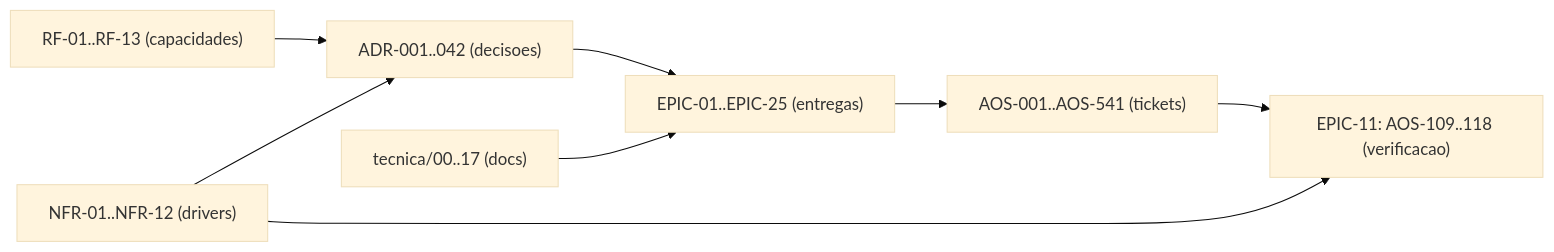
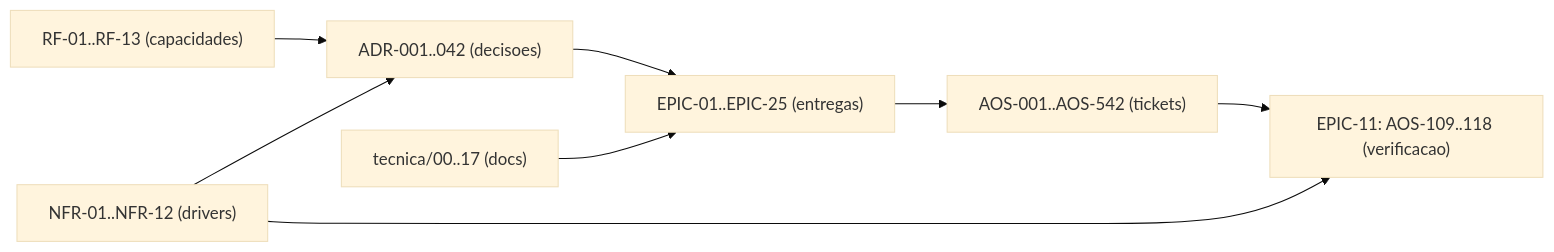
One commit to albinoJimy/aos changed the diagram in tecnica/16_Rastreabilidade_RTM.md. Above: the diagram before and after it, drawn with Mermaid (base theme). The commit also changed other lines of this file and 13 other files, not shown here.

````diff
--- a/tecnica/16_Rastreabilidade_RTM.md
+++ b/tecnica/16_Rastreabilidade_RTM.md
@@ -211,10 +211,10 @@
 ```mermaid
 flowchart LR
     RF["RF-01..RF-13 (capacidades)"] --> ADR["ADR-001..042 (decisoes)"]
     NFR["NFR-01..NFR-12 (drivers)"] --> ADR
     ADR --> EPIC["EPIC-01..EPIC-25 (entregas)"]
-    EPIC --> TICK["AOS-001..AOS-541 (tickets)"]
+    EPIC --> TICK["AOS-001..AOS-542 (tickets)"]
     DOC["tecnica/00..17 (docs)"] --> EPIC
     TICK --> TEST["EPIC-11: AOS-109..118 (verificacao)"]
     NFR --> TEST
 ```
````
